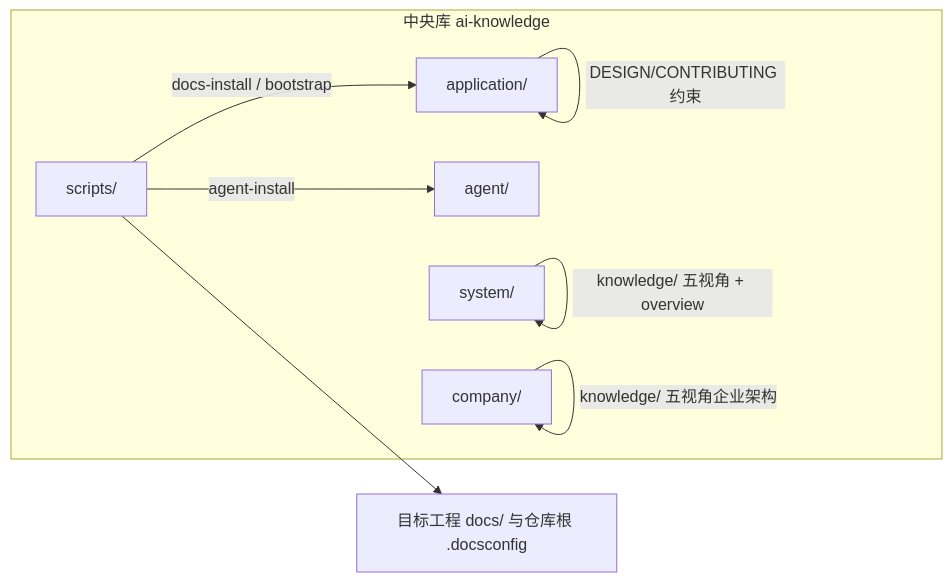
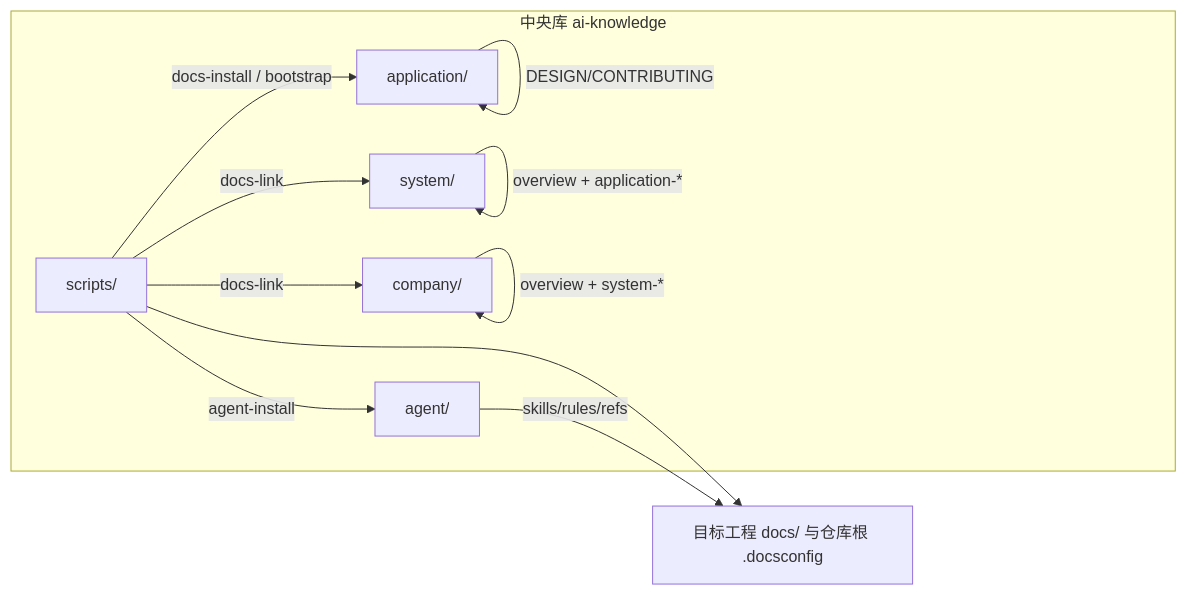
Before and after one commit to oleewen/ai-knowledge: the first of 2 diagrams in INDEX-GUIDE.md, drawn with Mermaid. The commit also changed other lines of this file and 5 other files, not shown here.

````diff
--- a/INDEX-GUIDE.md
+++ b/INDEX-GUIDE.md
@@ -62,17 +79,20 @@
 ```mermaid
 flowchart LR
   subgraph central["中央库 ai-knowledge"]
     app["application/"]
     ag["agent/"]
     sc["scripts/"]
     sys["system/"]
     co["company/"]
   end
   tgt["目标工程 docs/ 与仓库根 .docsconfig"]
   sc -->|"docs-install / bootstrap"| app
   sc -->|"agent-install"| ag
+  sc -->|"docs-link"| sys
+  sc -->|"docs-link"| co
   sc --> tgt
-  app -->|"DESIGN/CONTRIBUTING 约束"| app
-  sys -->|"knowledge/ 五视角 + overview"| sys
-  co -->|"knowledge/ 五视角企业架构"| co
+  app -->|"DESIGN/CONTRIBUTING"| app
+  sys -->|"overview + application-*"| sys
+  co -->|"overview + system-*"| co
+  ag -->|"skills/rules/refs"| tgt
 ```
````
